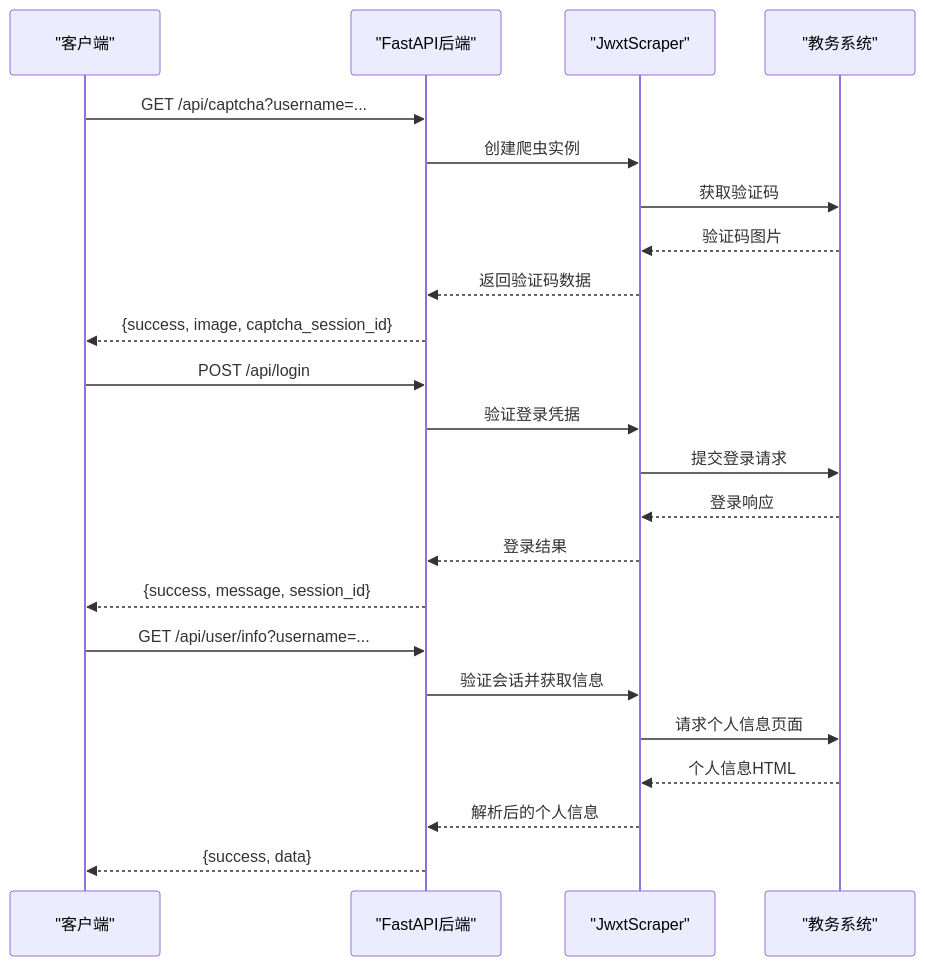
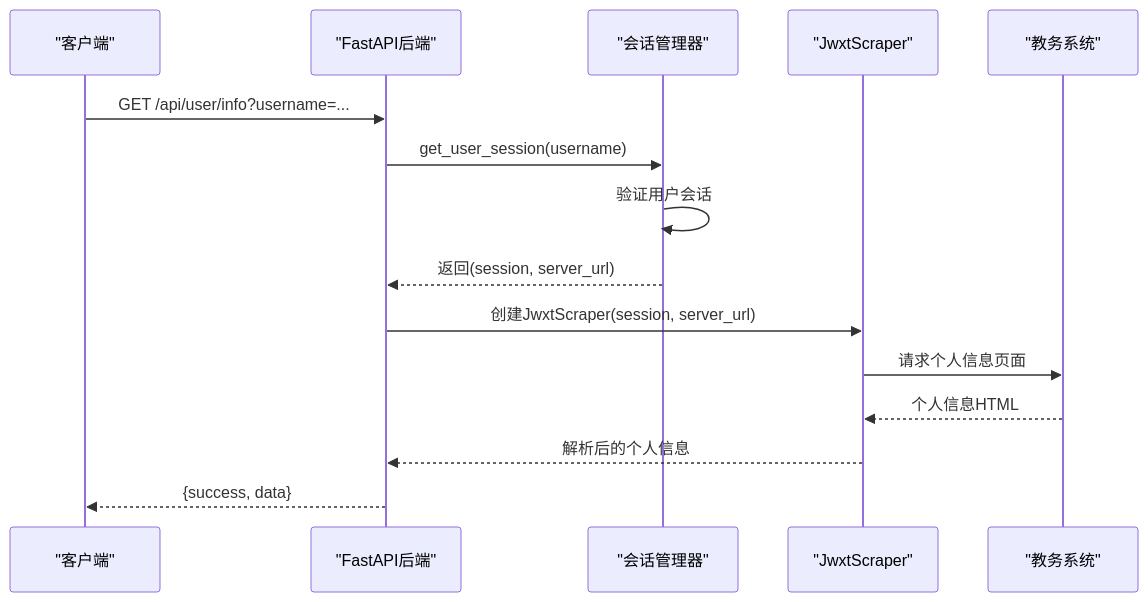
One commit to ghbbn053-ship-itsoulddog/soulddog changed the fourth of 12 diagrams in .qoder/repowiki/zh/content/后端API文档/个人信息查询API.md. Above: the diagram before and after it, drawn with Mermaid. The commit also changed other lines of this file and 4 other files, not shown here.

````diff
--- a/.qoder/repowiki/zh/content/后端API文档/个人信息查询API.md
+++ b/.qoder/repowiki/zh/content/后端API文档/个人信息查询API.md
@@ -143,25 +183,17 @@
 ```mermaid
 sequenceDiagram
 participant Client as "客户端"
 participant API as "FastAPI后端"
+participant SessionMgr as "会话管理器"
 participant Scraper as "JwxtScraper"
 participant EduSys as "教务系统"
-Client->>API : GET /api/captcha?username=...
-API->>Scraper : 创建爬虫实例
-Scraper->>EduSys : 获取验证码
-EduSys-->>Scraper : 验证码图片
-Scraper-->>API : 返回验证码数据
-API-->>Client : {success, image, captcha_session_id}
-Client->>API : POST /api/login
-API->>Scraper : 验证登录凭据
-Scraper->>EduSys : 提交登录请求
-EduSys-->>Scraper : 登录响应
-Scraper-->>API : 登录结果
-API-->>Client : {success, message, session_id}
 Client->>API : GET /api/user/info?username=...
-API->>Scraper : 验证会话并获取信息
+API->>SessionMgr : get_user_session(username)
+SessionMgr->>SessionMgr : 验证用户会话
+SessionMgr-->>API : 返回(session, server_url)
+API->>Scraper : 创建JwxtScraper(session, server_url)
 Scraper->>EduSys : 请求个人信息页面
 EduSys-->>Scraper : 个人信息HTML
 Scraper-->>API : 解析后的个人信息
 API-->>Client : {success, data}
 ```
````
